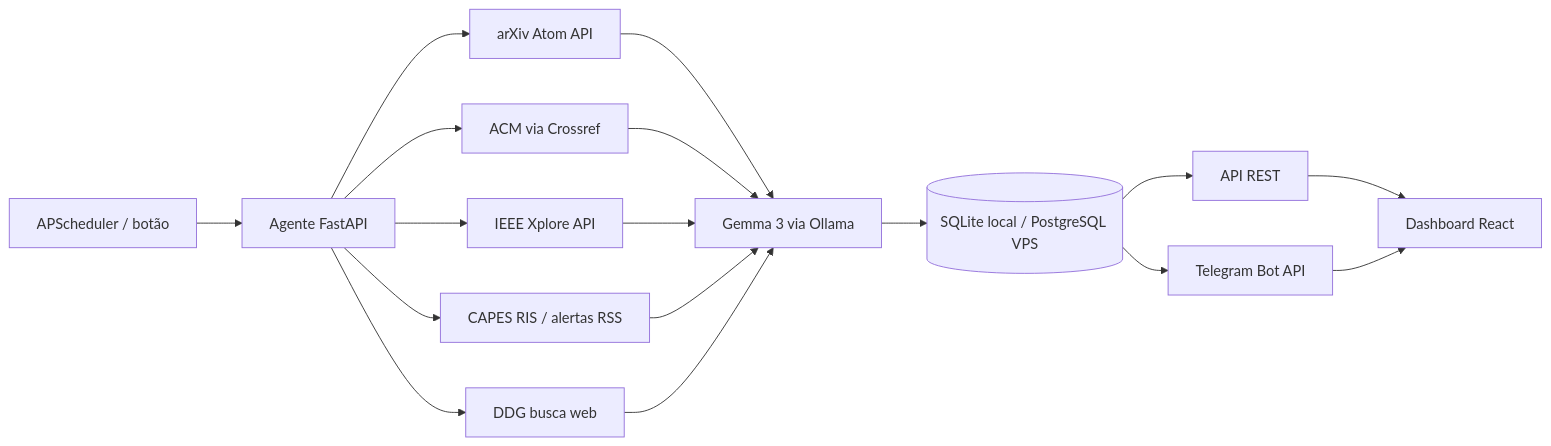
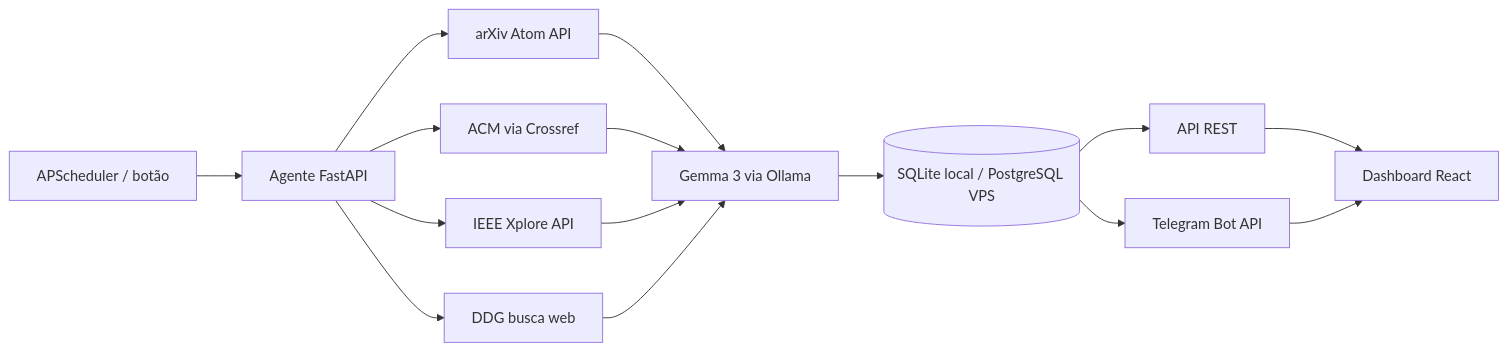
Before and after one commit to Bruno-GMA/buscador-de-artigos: the diagram in README.md, drawn with Mermaid. The commit also changed other lines of this file and 14 other files, not shown here.

````diff
--- a/README.md
+++ b/README.md
@@ -9,19 +9,17 @@
 ```mermaid
 flowchart LR
     A[APScheduler / botão] --> B[Agente FastAPI]
     B --> C[arXiv Atom API]
     B --> D[ACM via Crossref]
     B --> J[IEEE Xplore API]
-    B --> K[CAPES RIS / alertas RSS]
     B --> L[DDG busca web]
     C --> E[Gemma 3 via Ollama]
     D --> E
     J --> E
-    K --> E
     L --> E
     E --> F[(SQLite local / PostgreSQL VPS)]
     F --> G[API REST]
     G --> H[Dashboard React]
     F --> I[Telegram Bot API]
     I --> H
 ```
````
